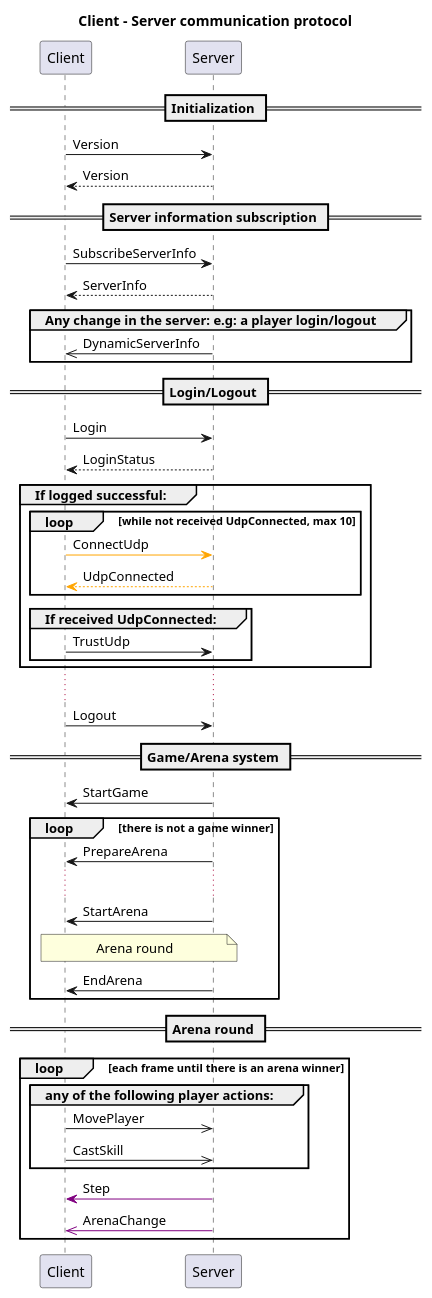
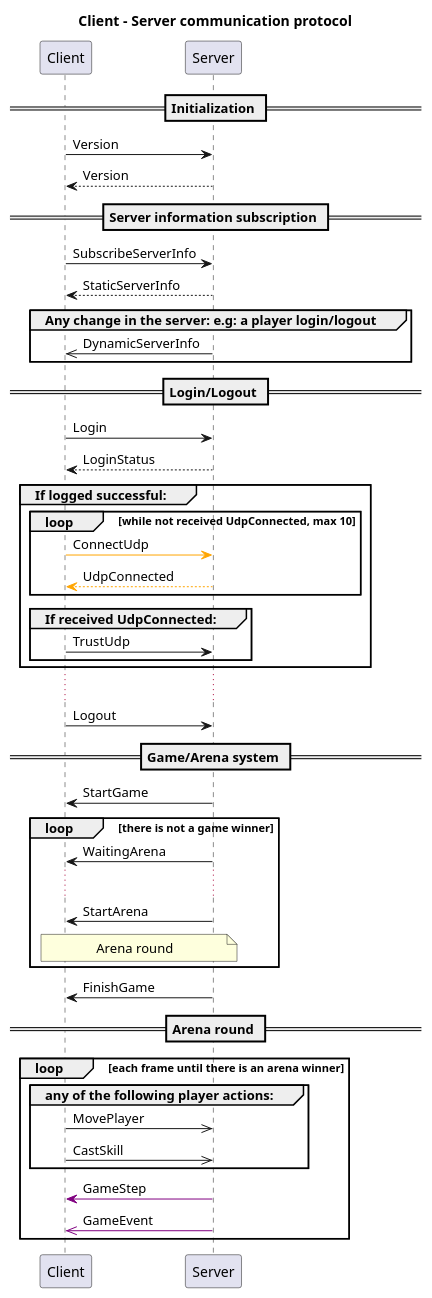
One commit to lemunozm/asciiarena changed the diagram in docs/design/diagrams/messages.puml. Above: the diagram before and after it, drawn with PlantUML. The commit also changed 4 other files, not shown here.

Commit message:
Minnor message renames. Updated message diagram.

```diff
--- a/docs/design/diagrams/messages.puml
+++ b/docs/design/diagrams/messages.puml
@@ -1,60 +1,60 @@
 @startuml
 
 ' Orange color represents an UDP message
 ' Purple color represents a prefered UDP message
 ' Default color represents TCP message
 
 title Client - Server communication protocol
 
 participant Client
 participant Server
 
 == Initialization ==
 Client -> Server : Version
 Client <-- Server : Version
 
 == Server information subscription ==
 Client -> Server : SubscribeServerInfo
-Client <-- Server : ServerInfo
+Client <-- Server : StaticServerInfo
 group Any change in the server: e.g: a player login/logout
     Client <<- Server : DynamicServerInfo
 end
 
 == Login/Logout ==
 Client -> Server : Login
 Client <-- Server : LoginStatus
 group If logged successful:
     loop while not received UdpConnected, max 10
         Client -[#orange]> Server : ConnectUdp
         Client <[#orange]-- Server : UdpConnected
     end
     group If received UdpConnected:
         Client -> Server : TrustUdp
     end
 end
 ...
 Client -> Server : Logout
 
 == Game/Arena system ==
 Client <- Server : StartGame
 loop there is not a game winner
-    Client <- Server : PrepareArena
+    Client <- Server : WaitingArena
     ...
     Client <- Server : StartArena
     note over Client, Server
        Arena round
     end note
-    Client <- Server : EndArena
 end
+Client <- Server : FinishGame
 
 == Arena round ==
 loop each frame until there is an arena winner
     group any of the following player actions:
         Client ->> Server : MovePlayer
         Client ->> Server : CastSkill
     end
-    Client <[#purple]- Server : Step
-    Client <<[#purple]- Server : ArenaChange
+    Client <[#purple]- Server : GameStep
+    Client <<[#purple]- Server : GameEvent
 end
 
 @enduml
```
